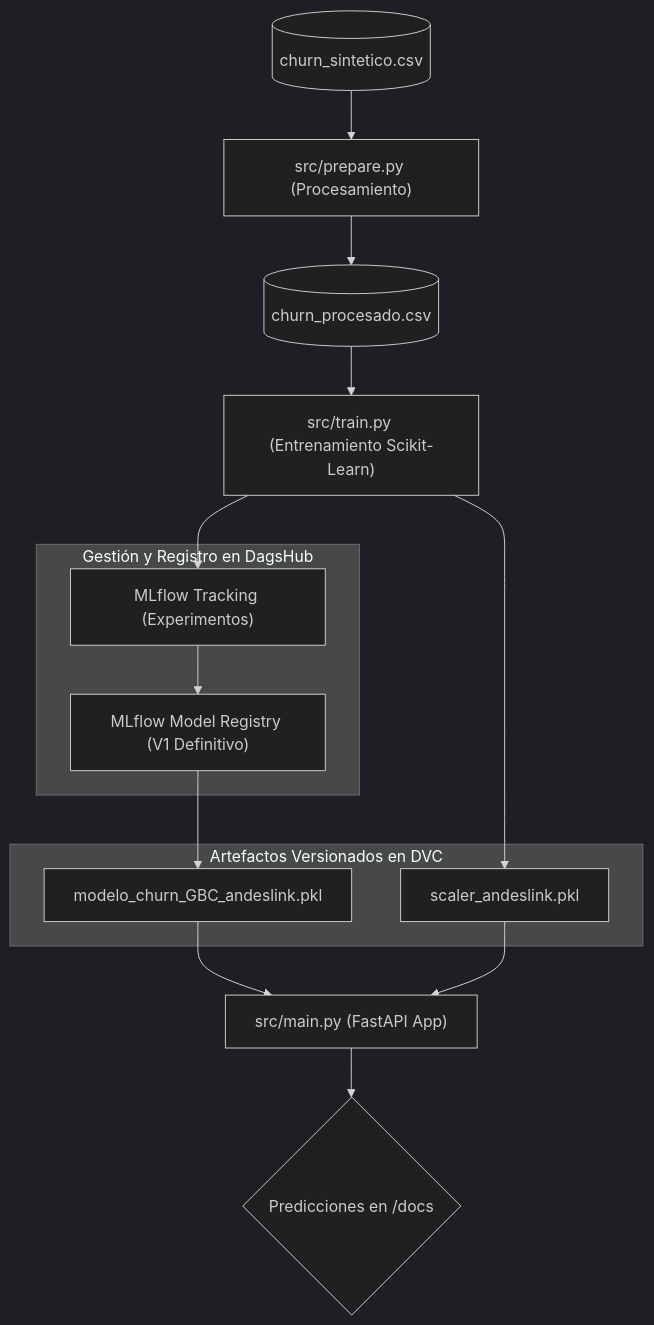
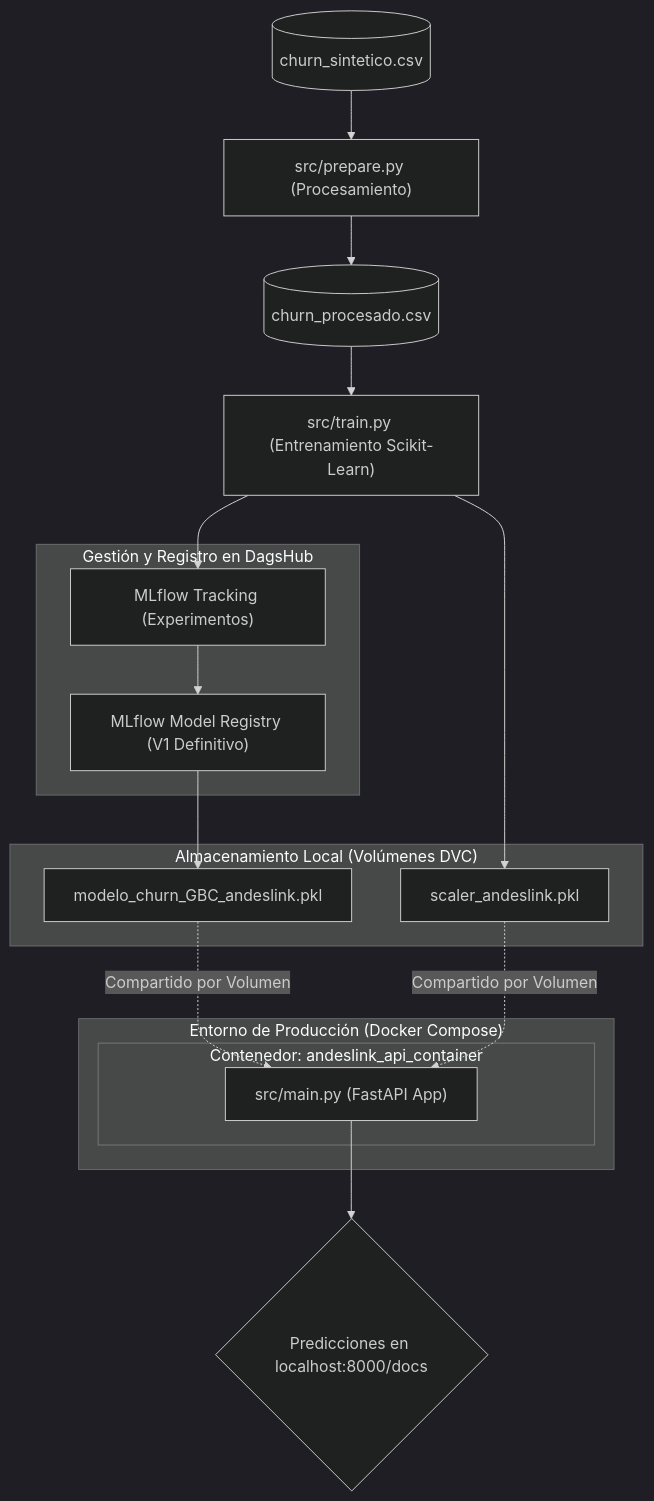
Before and after one commit to JuanManuelResquin84/Portafolio_03_Proyecto_AndesLink_MLOps: the diagram in README.md, drawn with Mermaid. The commit also changed other lines of this file, not shown here.

````diff
--- a/README.md
+++ b/README.md
@@ -28,28 +28,35 @@
 ```mermaid 
 %%{init: {'theme': 'dark'}}%%
 graph TD
     DATA_RAW[(churn_sintetico.csv)] --> P_PREP["src/prepare.py (Procesamiento)"]
     P_PREP --> DATA_PROC[(churn_procesado.csv)]
     
     DATA_PROC --> P_TRAIN["src/train.py (Entrenamiento Scikit-Learn)"]
     
     subgraph MLOps_Stack ["Gestión y Registro en DagsHub"]
         TRACK["MLflow Tracking (Experimentos)"]
         REG["MLflow Model Registry (V1 Definitivo)"]
     end
     
     P_TRAIN --> TRACK
     TRACK --> REG
     
-    subgraph Artefactos ["Artefactos Versionados en DVC"]
+    subgraph Local ["Almacenamiento Local (Volúmenes DVC)"]
         M1["modelo_churn_GBC_andeslink.pkl"]
         S1["scaler_andeslink.pkl"]
     end
     
     REG --> M1
     P_TRAIN --> S1
 
-    M1 --> API["src/main.py (FastAPI App)"]
-    S1 --> API
-    API --> RES{"Predicciones en /docs"}
+    subgraph Docker_Env ["Entorno de Producción (Docker Compose)"]
+        subgraph Contenedor ["Contenedor: andeslink_api_container"]
+            API["src/main.py (FastAPI App)"]
+        end
+    end
+
+    M1 -.->|Compartido por Volumen| API
+    S1 -.->|Compartido por Volumen| API
+    
+    API --> RES{"Predicciones en localhost:8000/docs"}
 ```
````
